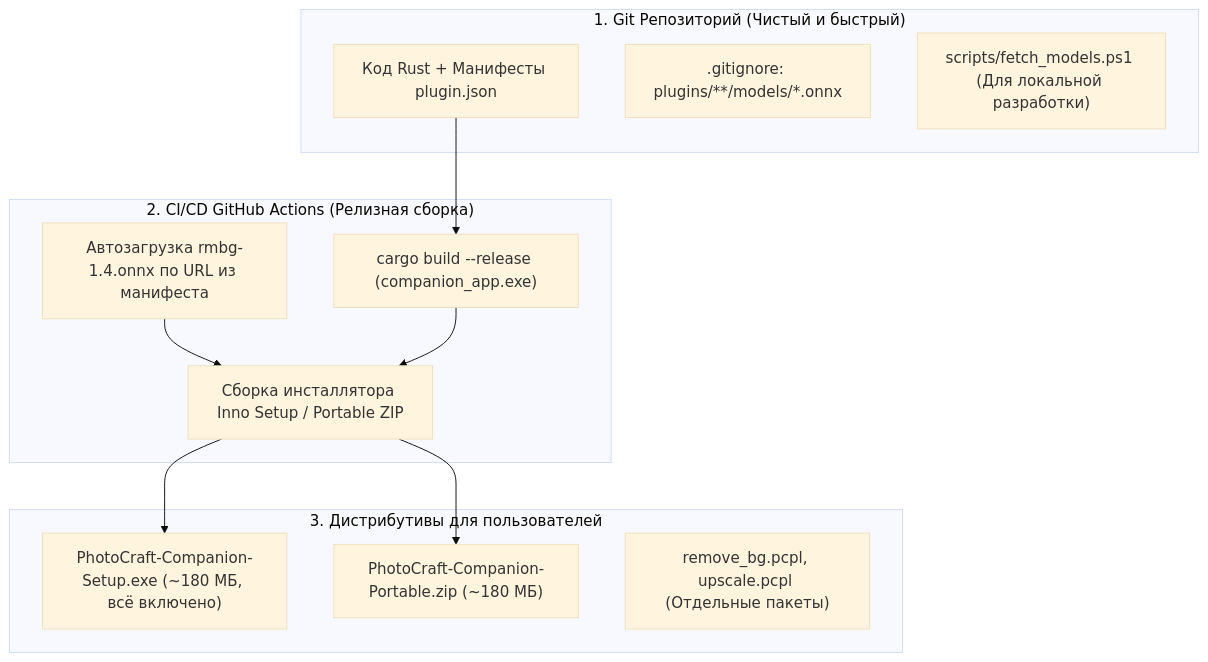
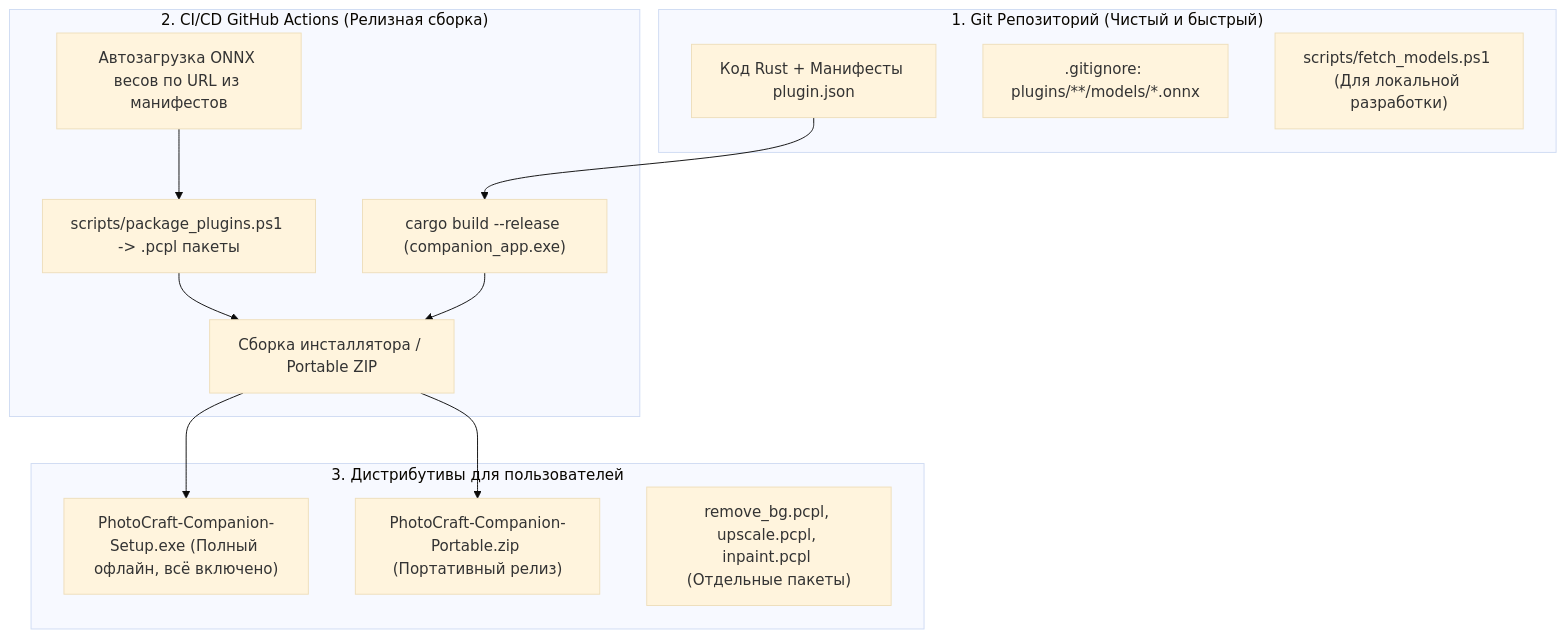
One commit to kobaltgit/photocraft-companion changed the diagram in docs/PLAN.md. Above: the diagram before and after it, drawn with Mermaid (base theme). The commit also changed other lines of this file and 28 other files, not shown here.

````diff
--- a/docs/PLAN.md
+++ b/docs/PLAN.md
@@ -26,26 +132,28 @@
 ```mermaid
 flowchart TD
     subgraph Git ["1. Git Репозиторий (Чистый и быстрый)"]
         Src["Код Rust + Манифесты plugin.json"]
         Ignore[".gitignore: plugins/**/models/*.onnx"]
         FetchScript["scripts/fetch_models.ps1 (Для локальной разработки)"]
     end
 
     subgraph CICD ["2. CI/CD GitHub Actions (Релизная сборка)"]
         CargoBuild["cargo build --release (companion_app.exe)"]
-        DownloadStep["Автозагрузка rmbg-1.4.onnx по URL из манифеста"]
-        InnoPack["Сборка инсталлятора Inno Setup / Portable ZIP"]
+        DownloadStep["Автозагрузка ONNX весов по URL из манифестов"]
+        PackStep["scripts/package_plugins.ps1 -> .pcpl пакеты"]
+        InnoPack["Сборка инсталлятора / Portable ZIP"]
     end
 
     subgraph Distribution ["3. Дистрибутивы для пользователей"]
-        WinSetup["PhotoCraft-Companion-Setup.exe (~180 МБ, всё включено)"]
-        PortableZip["PhotoCraft-Companion-Portable.zip (~180 МБ)"]
-        PCPLPackages["remove_bg.pcpl, upscale.pcpl (Отдельные пакеты)"]
+        WinSetup["PhotoCraft-Companion-Setup.exe (Полный офлайн, всё включено)"]
+        PortableZip["PhotoCraft-Companion-Portable.zip (Портативный релиз)"]
+        PCPLPackages["remove_bg.pcpl, upscale.pcpl, inpaint.pcpl (Отдельные пакеты)"]
     end
 
     Src --> CargoBuild
-    DownloadStep --> InnoPack
+    DownloadStep --> PackStep
+    PackStep --> InnoPack
     CargoBuild --> InnoPack
     InnoPack --> WinSetup
     InnoPack --> PortableZip
 ```
````
